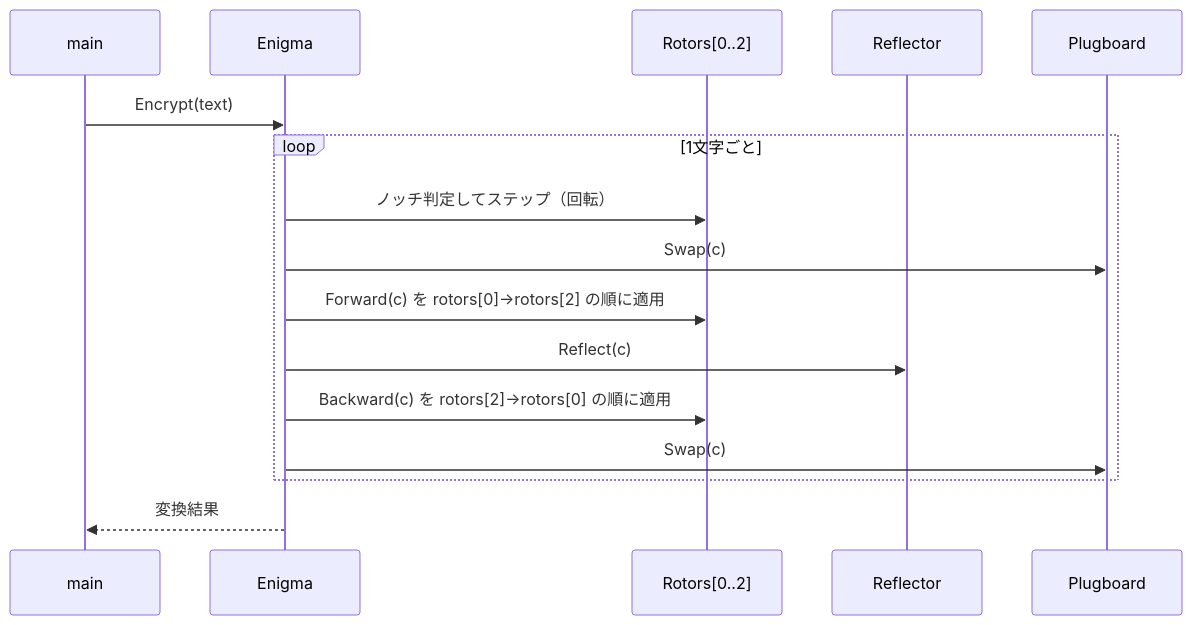
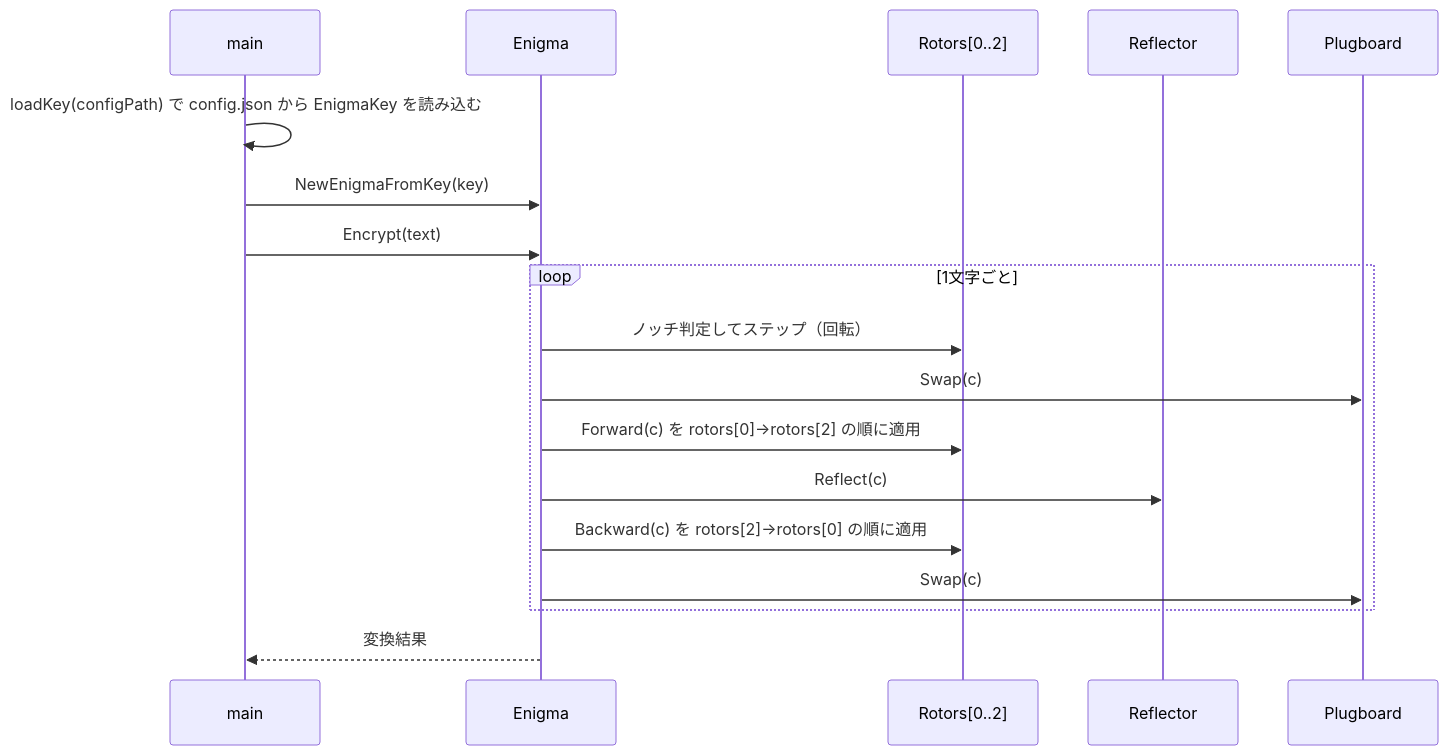
One commit to neko3cs/enigma-emulator changed the second of 2 diagrams in docs/design.md. Above: the diagram before and after it, drawn with Mermaid. The commit also changed 1 other file, not shown here.

Commit message:
ドキュメントとコードの食い違いを修正
docs/architecture.mdのテスト方針にsrc/config_test.go（mainパッケージ側）の存在を追記し、docs/design.mdのシーケンス図にloadKeyでの設定読み込みステップを追加する。

````diff
--- a/docs/design.md
+++ b/docs/design.md
@@ -41,19 +41,21 @@
 ```mermaid
 sequenceDiagram
     participant Main as main
     participant E as Enigma
     participant Rot as Rotors[0..2]
     participant Ref as Reflector
     participant PB as Plugboard
 
+    Main->>Main: loadKey(configPath) で config.json から EnigmaKey を読み込む
+    Main->>E: NewEnigmaFromKey(key)
     Main->>E: Encrypt(text)
     loop 1文字ごと
         E->>Rot: ノッチ判定してステップ（回転）
         E->>PB: Swap(c)
         E->>Rot: Forward(c) を rotors[0]→rotors[2] の順に適用
         E->>Ref: Reflect(c)
         E->>Rot: Backward(c) を rotors[2]→rotors[0] の順に適用
         E->>PB: Swap(c)
     end
     E-->>Main: 変換結果
 ```
````
